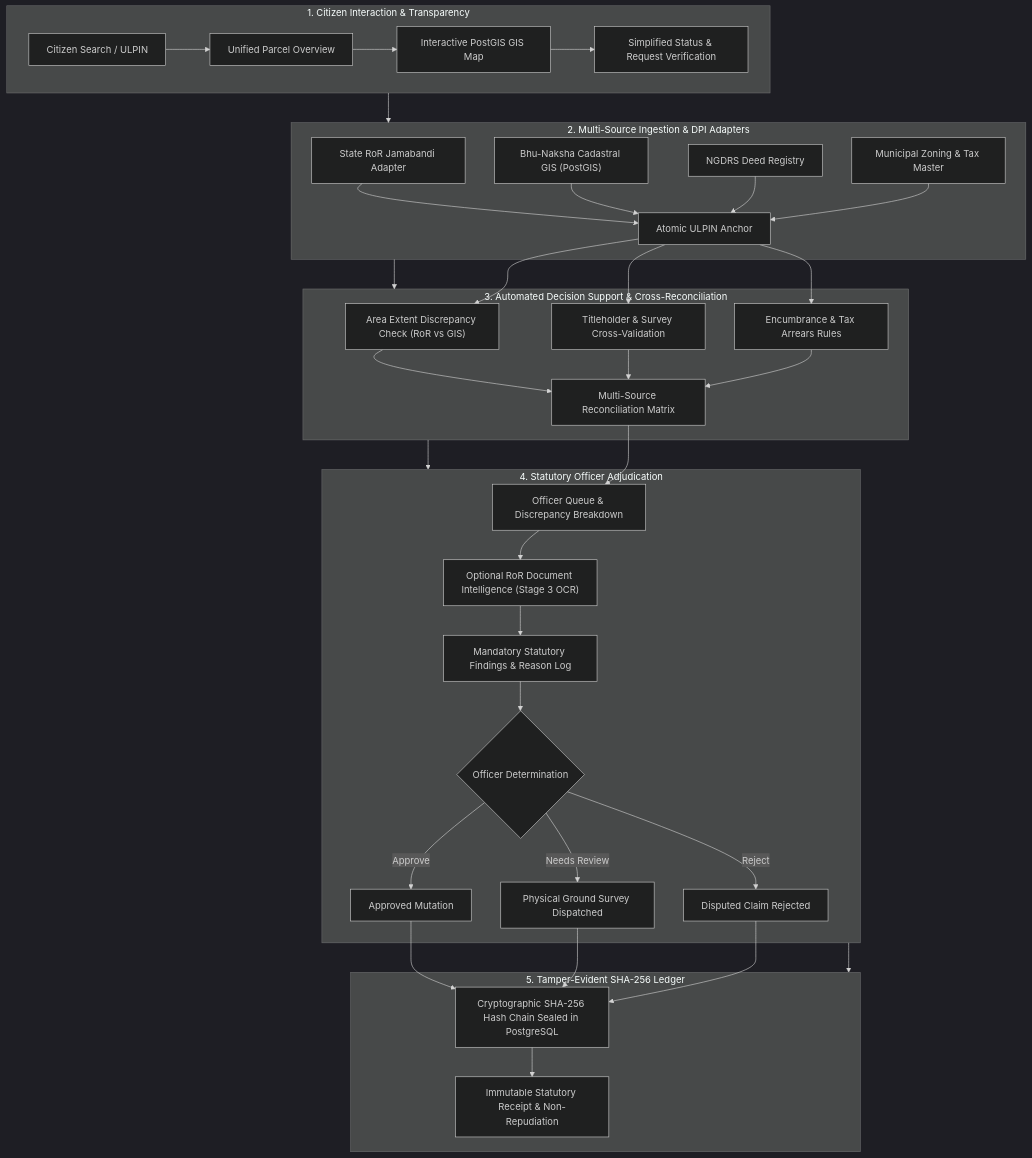
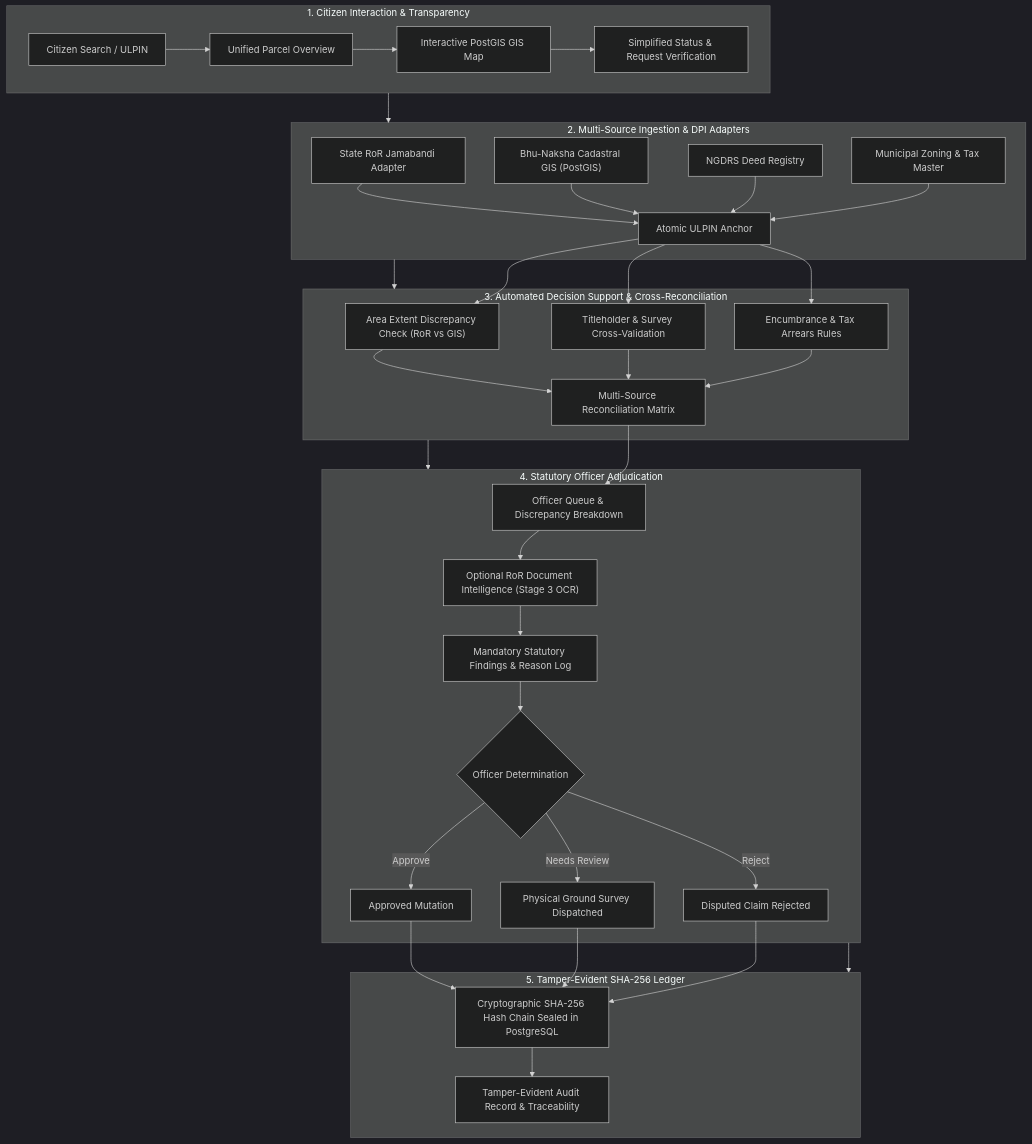
One commit to vansh-ohlan/SIH-2026 changed the diagram in docs/stage5-end-to-end-demo.md. Above: the diagram before and after it, drawn with Mermaid (dark theme). The commit also changed other lines of this file and 8 other files, not shown here.

````diff
--- a/docs/stage5-end-to-end-demo.md
+++ b/docs/stage5-end-to-end-demo.md
@@ -19,43 +19,43 @@
 ```mermaid
 flowchart TD
     subgraph CitizenPillar["1. Citizen Interaction & Transparency"]
         A1["Citizen Search / ULPIN"] --> A2["Unified Parcel Overview"]
         A2 --> A3["Interactive PostGIS GIS Map"]
         A3 --> A4["Simplified Status & Request Verification"]
     end
 
     subgraph DataPillar["2. Multi-Source Ingestion & DPI Adapters"]
         B1["State RoR Jamabandi Adapter"]
         B2["Bhu-Naksha Cadastral GIS (PostGIS)"]
         B3["NGDRS Deed Registry"]
         B4["Municipal Zoning & Tax Master"]
         B1 & B2 & B3 & B4 --> C["Atomic ULPIN Anchor"]
     end
 
     subgraph ReconcileEngine["3. Automated Decision Support & Cross-Reconciliation"]
         C --> D1["Area Extent Discrepancy Check (RoR vs GIS)"]
         C --> D2["Titleholder & Survey Cross-Validation"]
         C --> D3["Encumbrance & Tax Arrears Rules"]
         D1 & D2 & D3 --> E["Multi-Source Reconciliation Matrix"]
     end
 
     subgraph OfficerPillar["4. Statutory Officer Adjudication"]
         E --> F1["Officer Queue & Discrepancy Breakdown"]
         F1 --> F2["Optional RoR Document Intelligence (Stage 3 OCR)"]
         F2 --> F3["Mandatory Statutory Findings & Reason Log"]
         F3 --> F4{"Officer Determination"}
         F4 -->|Approve| G1["Approved Mutation"]
         F4 -->|Needs Review| G2["Physical Ground Survey Dispatched"]
         F4 -->|Reject| G3["Disputed Claim Rejected"]
     end
 
     subgraph AuditLedger["5. Tamper-Evident SHA-256 Ledger"]
         G1 & G2 & G3 --> H["Cryptographic SHA-256 Hash Chain Sealed in PostgreSQL"]
-        H --> I["Immutable Statutory Receipt & Non-Repudiation"]
+        H --> I["Tamper-Evident Audit Record & Traceability"]
     end
 
     CitizenPillar --> DataPillar
     DataPillar --> ReconcileEngine
     ReconcileEngine --> OfficerPillar
     OfficerPillar --> AuditLedger
 ```
````
